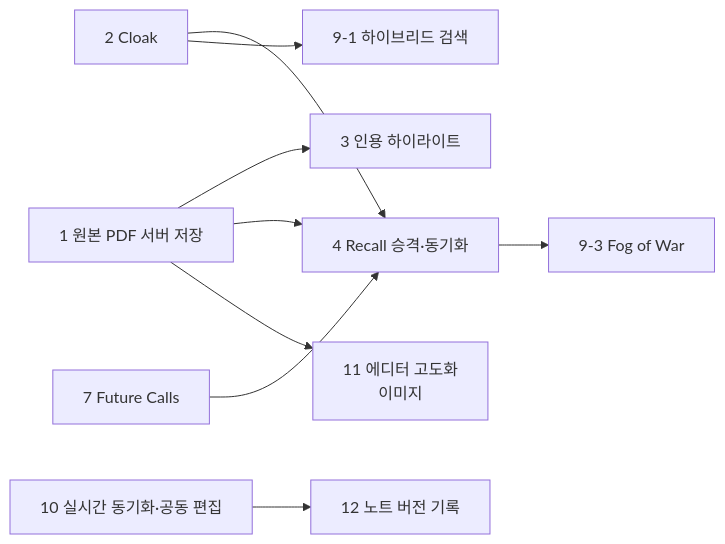
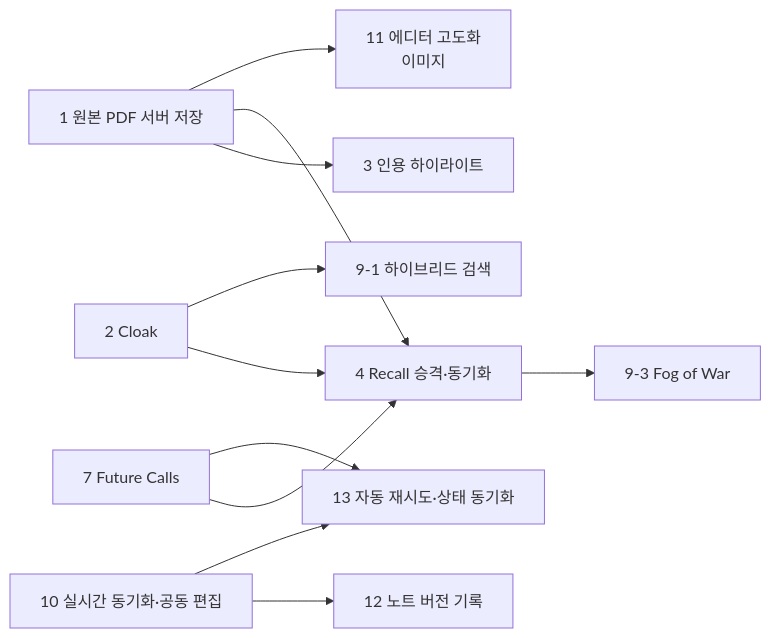
The diagram in docs/plan/005-follow-up-spec.md (biyott/pageblink), drawn with Mermaid before and after one commit. The commit also changed other lines of this file and 25 other files, not shown here.

````diff
--- a/docs/plan/005-follow-up-spec.md
+++ b/docs/plan/005-follow-up-spec.md
@@ -299,11 +325,13 @@
 ```mermaid
 flowchart LR
   P1[1 원본 PDF 서버 저장] --> HL[3 인용 하이라이트]
   C[2 Cloak] --> R[4 Recall 승격·동기화]
   P1 --> R
   R --> F[9-3 Fog of War]
   FC[7 Future Calls] --> R
   C --> HY[9-1 하이브리드 검색]
   N10[10 실시간 동기화·공동 편집] --> V12[12 노트 버전 기록]
   P1 --> E11[11 에디터 고도화<br/>이미지]
+  FC --> AR[13 자동 재시도·상태 동기화]
+  N10 --> AR
 ```
````
